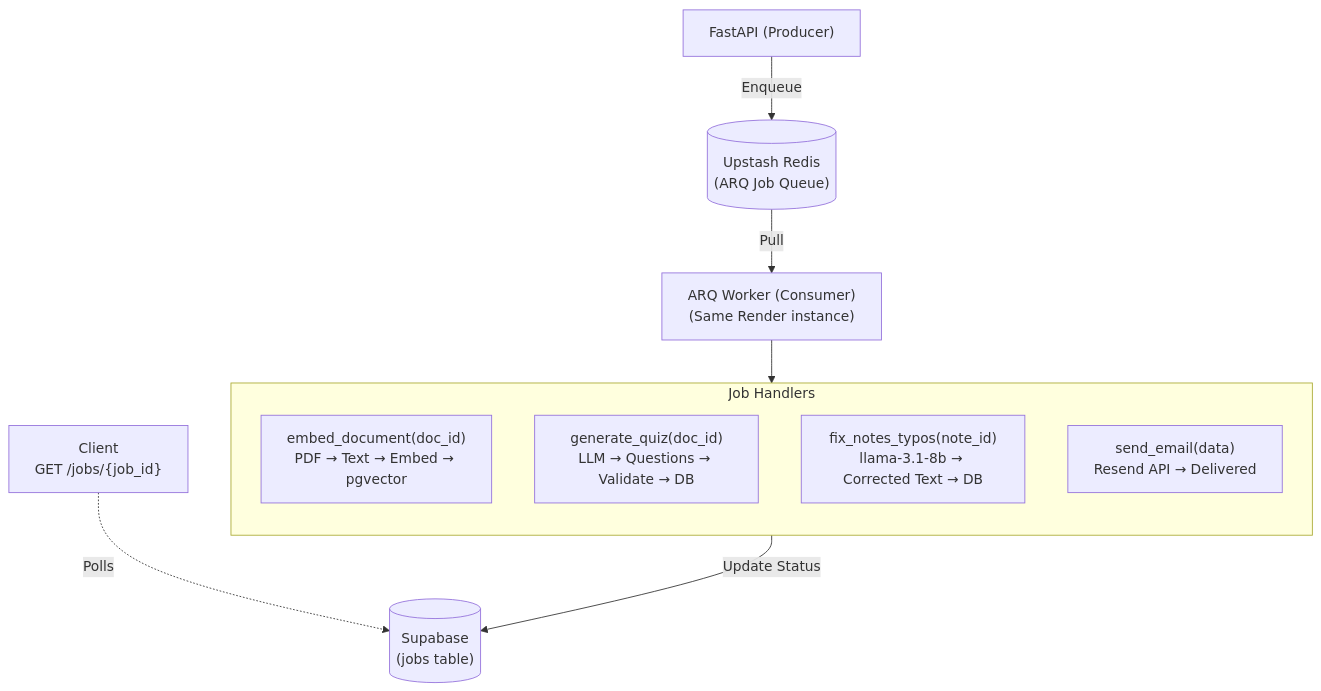
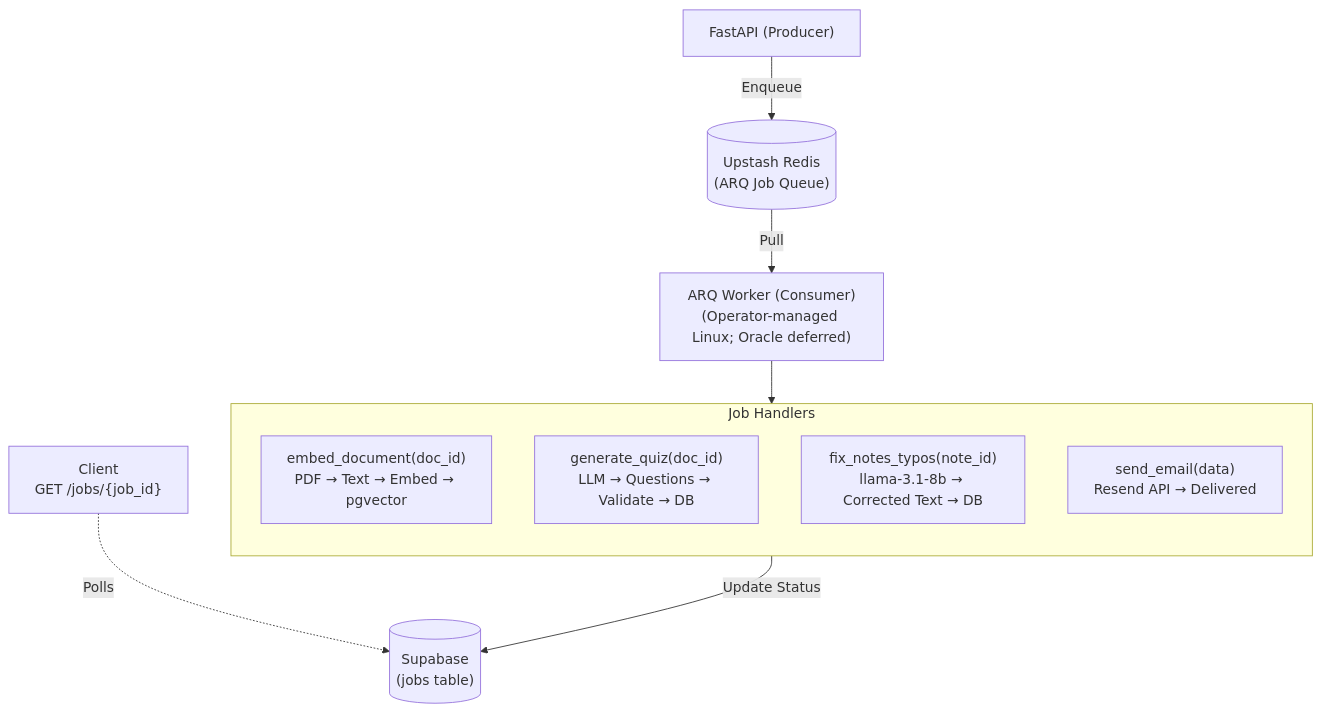
The sixth of 33 diagrams in docs/implementation_plan.md (PansGPT/pansgpt), drawn with Mermaid before and after one commit. The commit also changed other lines of this file and 9 other files, not shown here.

````diff
--- a/docs/implementation_plan.md
+++ b/docs/implementation_plan.md
@@ -1601,23 +1603,23 @@
 ```mermaid
 flowchart TD
     API["FastAPI (Producer)"]
     Queue[("Upstash Redis\n(ARQ Job Queue)")]
-    Worker["ARQ Worker (Consumer)\n(Same Render instance)"]
+    Worker["ARQ Worker (Consumer)\n(Operator-managed Linux; Oracle deferred)"]
 
     subgraph JobTypes["Job Handlers"]
         direction TB
         J1["embed_document(doc_id)\nPDF → Text → Embed → pgvector"]
         J2["generate_quiz(doc_id)\nLLM → Questions → Validate → DB"]
         J3["fix_notes_typos(note_id)\nllama-3.1-8b → Corrected Text → DB"]
         J4["send_email(data)\nResend API → Delivered"]
     end
 
     DB[("Supabase\n(jobs table)")]
     Client["Client\nGET /jobs/{job_id}"]
 
     API -- Enqueue --> Queue
     Queue -- Pull --> Worker
     Worker --> JobTypes
     JobTypes -- Update Status --> DB
     Client -.->|Polls| DB
 ```
````
